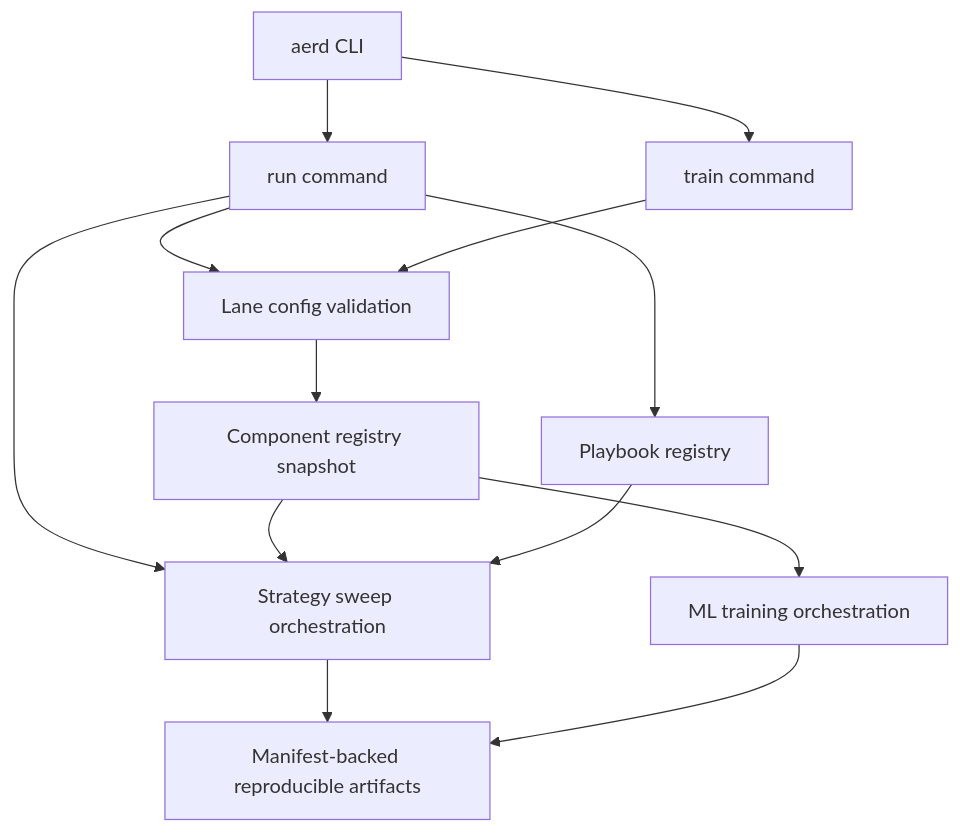
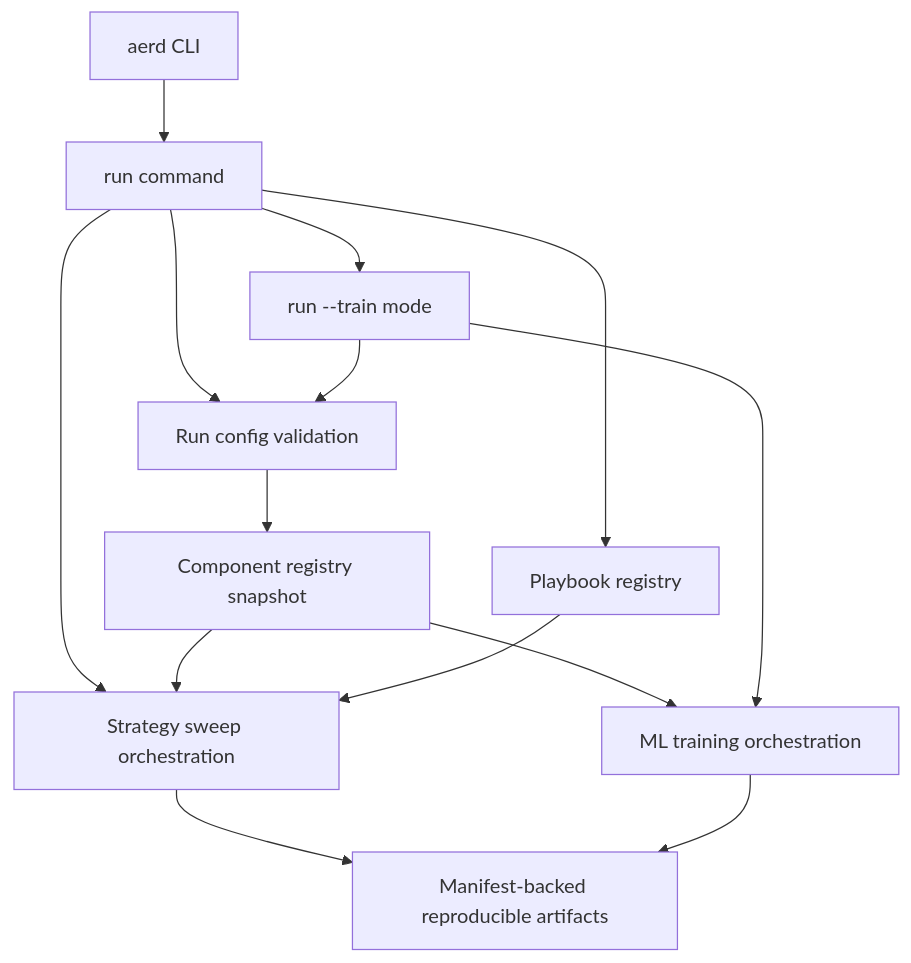
One commit to madebymlai/aegis changed the first of 2 diagrams in docs/plans/2026-05-18-005-feat-research-playbook-component-workflow-plan.md. Above: the diagram before and after it, drawn with Mermaid. The commit also changed other lines of this file and 30 other files, not shown here.

Commit message:
fix(research): fold training into run mode

````diff
--- a/docs/plans/2026-05-18-005-feat-research-playbook-component-workflow-plan.md
+++ b/docs/plans/2026-05-18-005-feat-research-playbook-component-workflow-plan.md
@@ -175,25 +177,26 @@
 ```mermaid
 flowchart TB
     CLI[aerd CLI]
     RunCmd[run command]
-    TrainCmd[train command]
-    Config[Lane config validation]
+    TrainMode[run --train mode]
+    Config[Run config validation]
     Components[Component registry snapshot]
     Playbooks[Playbook registry]
     StrategyRun[Strategy sweep orchestration]
     TrainRun[ML training orchestration]
     Artifacts[Manifest-backed reproducible artifacts]
 
     CLI --> RunCmd
-    CLI --> TrainCmd
     RunCmd --> Config
-    TrainCmd --> Config
+    RunCmd --> TrainMode
+    TrainMode --> Config
     Config --> Components
     RunCmd --> Playbooks
     RunCmd --> StrategyRun
     Components --> StrategyRun
     Playbooks --> StrategyRun
     Components --> TrainRun
+    TrainMode --> TrainRun
     StrategyRun --> Artifacts
     TrainRun --> Artifacts
 ```
````
